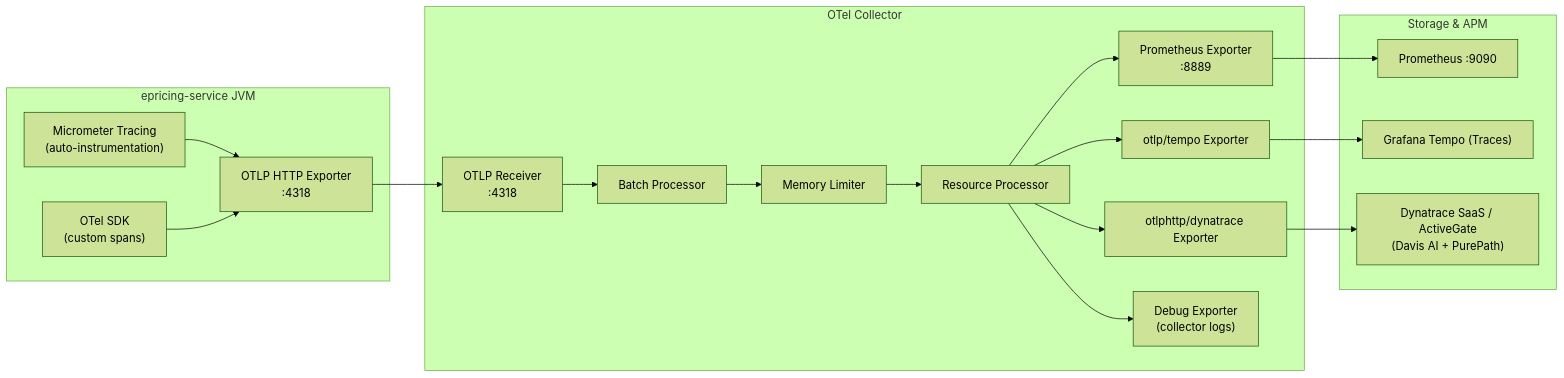
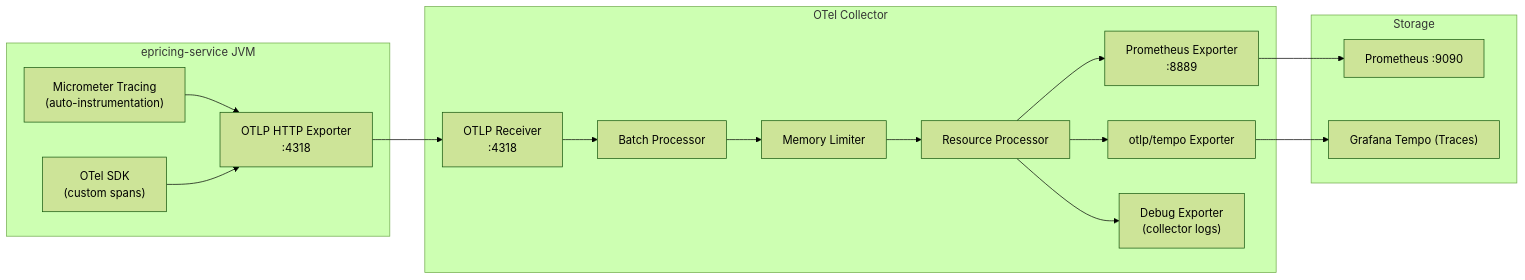
The diagram in docs/monitoring/OpenTelemetry.md (aroma76/epricing-service), drawn with Mermaid (forest theme) before and after one commit. The commit also changed other lines of this file and 6 other files, not shown here.

Commit message:
refactor: cleanly remove unused Dynatrace configurations in favor of pure open-source Grafana stack

````diff
--- a/docs/monitoring/OpenTelemetry.md
+++ b/docs/monitoring/OpenTelemetry.md
@@ -20,39 +20,35 @@
 ```mermaid
 graph LR
     subgraph epricing-service JVM
         MicrometerTracing["Micrometer Tracing\n(auto-instrumentation)"]
         OTelSDK["OTel SDK\n(custom spans)"]
         OTLPExporter["OTLP HTTP Exporter\n:4318"]
     end
 
     subgraph OTel Collector
         OTLPReceiver["OTLP Receiver\n:4318"]
         Batch["Batch Processor"]
         MemLimit["Memory Limiter"]
         Resource["Resource Processor"]
         PrometheusExp["Prometheus Exporter\n:8889"]
         TempoExp["otlp/tempo Exporter"]
-        DtExp["otlphttp/dynatrace Exporter"]
         DebugExp["Debug Exporter\n(collector logs)"]
     end
 
-    subgraph Storage & APM
+    subgraph Storage
         Prometheus["Prometheus :9090"]
         Tempo["Grafana Tempo (Traces)"]
-        Dynatrace["Dynatrace SaaS / ActiveGate\n(Davis AI + PurePath)"]
     end
 
     MicrometerTracing --> OTLPExporter
     OTelSDK --> OTLPExporter
     OTLPExporter --> OTLPReceiver
     OTLPReceiver --> Batch
     Batch --> MemLimit
     MemLimit --> Resource
     Resource --> PrometheusExp
     Resource --> TempoExp
-    Resource --> DtExp
     Resource --> DebugExp
     PrometheusExp --> Prometheus
     TempoExp --> Tempo
-    DtExp --> Dynatrace
 ```
````
